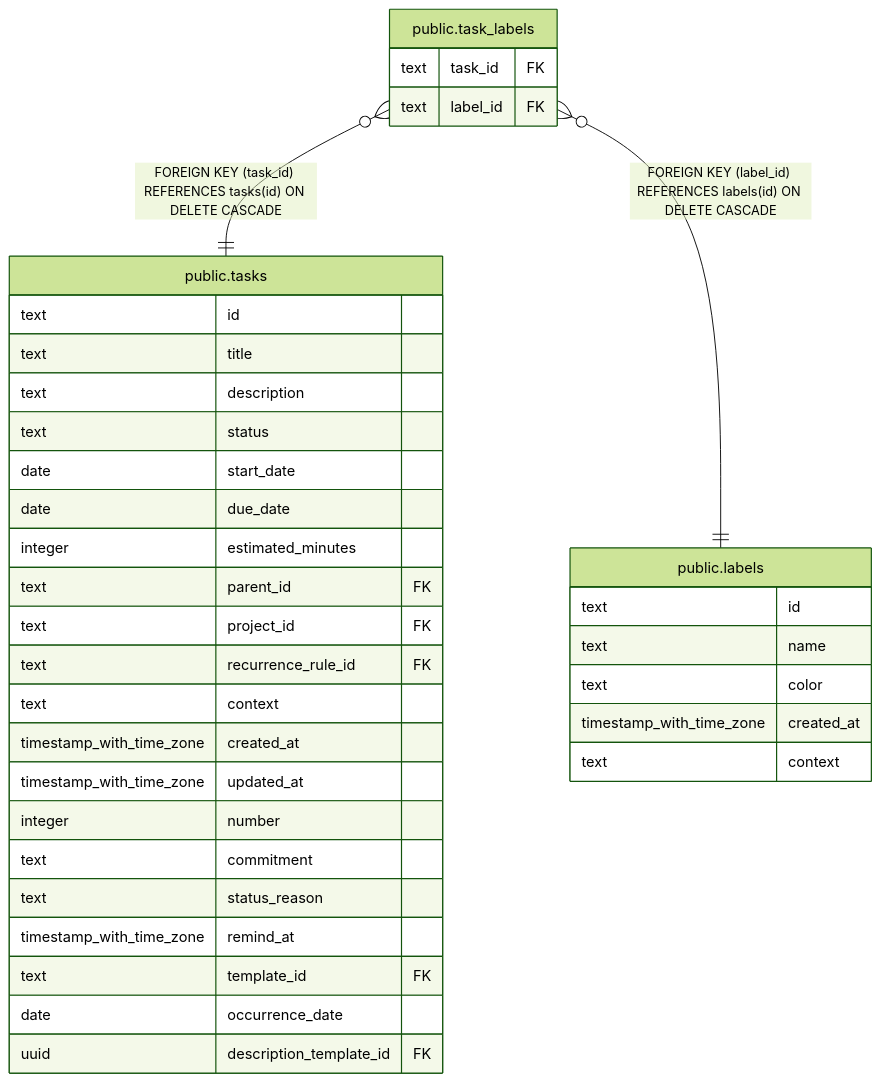
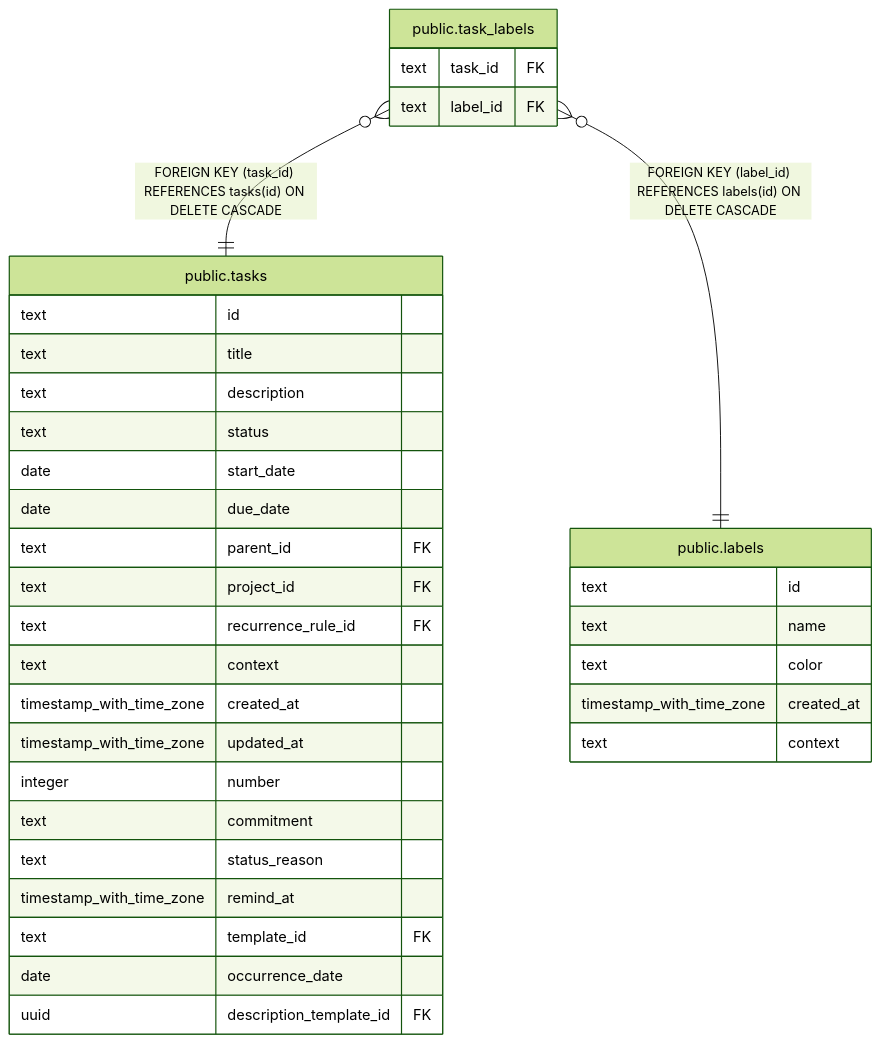
One commit to fohte/tq changed the diagram in api/docs/db/public.task_labels.md. Above: the diagram before and after it, drawn with Mermaid (forest theme). The commit also changed 25 other files, not shown here.

First line of the commit message:
api: drop unused estimation and scheduling schema

````diff
--- a/api/docs/db/public.task_labels.md
+++ b/api/docs/db/public.task_labels.md
@@ -34,40 +34,39 @@
 ```mermaid
 erDiagram
 
 "public.task_labels" }o--|| "public.tasks" : "FOREIGN KEY (task_id) REFERENCES tasks(id) ON DELETE CASCADE"
 "public.task_labels" }o--|| "public.labels" : "FOREIGN KEY (label_id) REFERENCES labels(id) ON DELETE CASCADE"
 
 "public.task_labels" {
   text task_id FK
   text label_id FK
 }
 "public.tasks" {
   text id
   text title
   text description
   text status
   date start_date
   date due_date
-  integer estimated_minutes
   text parent_id FK
   text project_id FK
   text recurrence_rule_id FK
   text context
   timestamp_with_time_zone created_at
   timestamp_with_time_zone updated_at
   integer number
   text commitment
   text status_reason
   timestamp_with_time_zone remind_at
   text template_id FK
   date occurrence_date
   uuid description_template_id FK
 }
 "public.labels" {
   text id
   text name
   text color
   timestamp_with_time_zone created_at
   text context
 }
 ```
````
